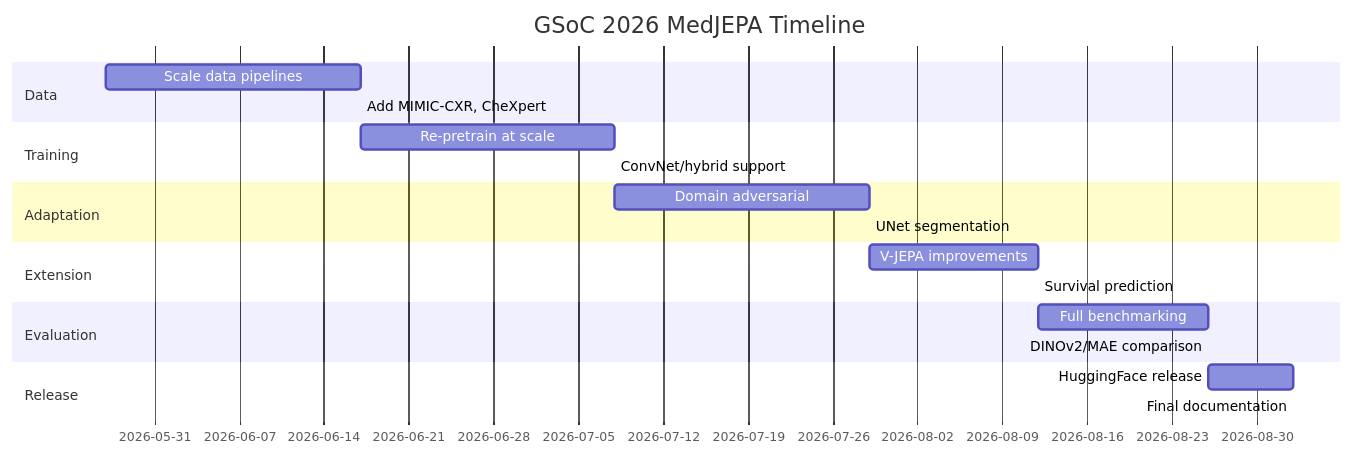
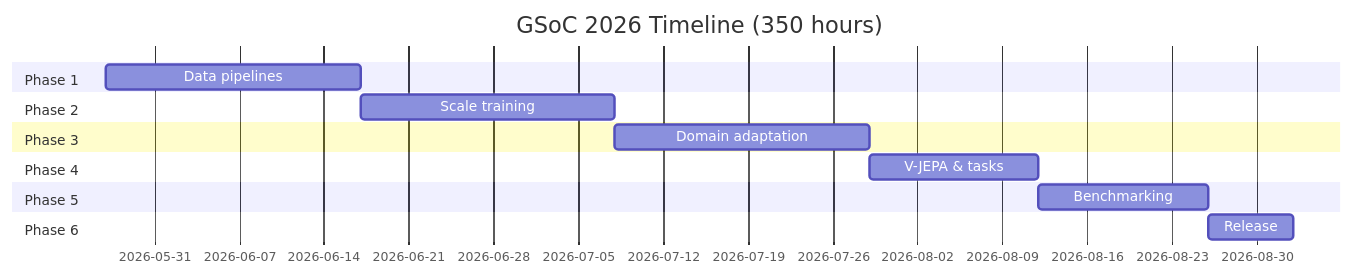
Before and after one commit to prthmmkhija1/MedJEPA: the fifth of 5 diagrams in README.md, drawn with Mermaid. The commit also changed other lines of this file and 2 other files, not shown here.

````diff
--- a/README.md
+++ b/README.md
@@ -591,23 +265,17 @@
 ```mermaid
 gantt
-    title GSoC 2026 MedJEPA Timeline
-    dateFormat  YYYY-MM-DD
-    section Data
-    Scale data pipelines       :a1, 2026-05-27, 3w
-    Add MIMIC-CXR, CheXpert    :a2, after a1, 0d
-    section Training
-    Re-pretrain at scale       :b1, 2026-06-17, 3w
-    ConvNet/hybrid support     :b2, after b1, 0d
-    section Adaptation
-    Domain adversarial         :c1, 2026-07-08, 3w
-    UNet segmentation          :c2, after c1, 0d
-    section Extension
-    V-JEPA improvements        :d1, 2026-07-29, 2w
-    Survival prediction        :d2, after d1, 0d
-    section Evaluation
-    Full benchmarking          :e1, 2026-08-12, 2w
-    DINOv2/MAE comparison      :e2, after e1, 0d
-    section Release
-    HuggingFace release        :f1, 2026-08-26, 1w
-    Final documentation        :f2, after f1, 0d
+    title GSoC 2026 Timeline (350 hours)
+    dateFormat YYYY-MM-DD
+    section Phase 1
+    Data pipelines     :a1, 2026-05-27, 3w
+    section Phase 2
+    Scale training     :b1, 2026-06-17, 3w
+    section Phase 3
+    Domain adaptation  :c1, 2026-07-08, 3w
+    section Phase 4
+    V-JEPA & tasks     :d1, 2026-07-29, 2w
+    section Phase 5
+    Benchmarking       :e1, 2026-08-12, 2w
+    section Phase 6
+    Release            :f1, 2026-08-26, 1w
 ```
````
